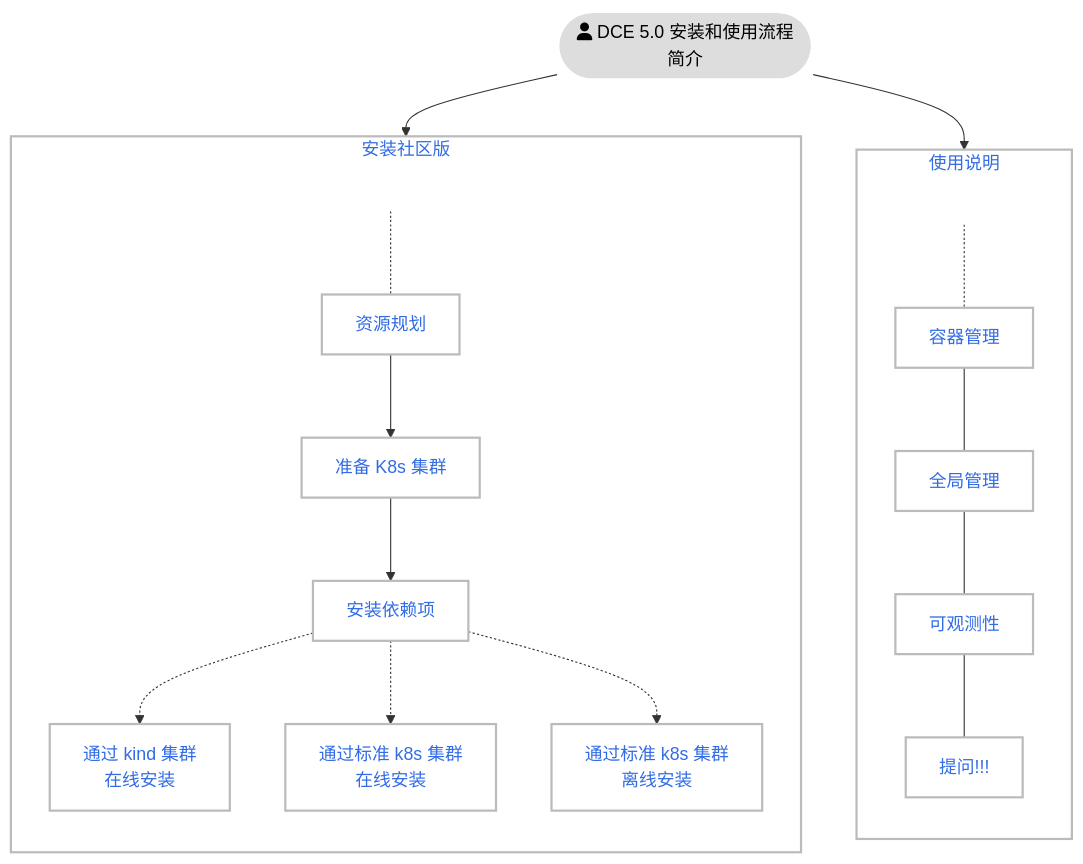
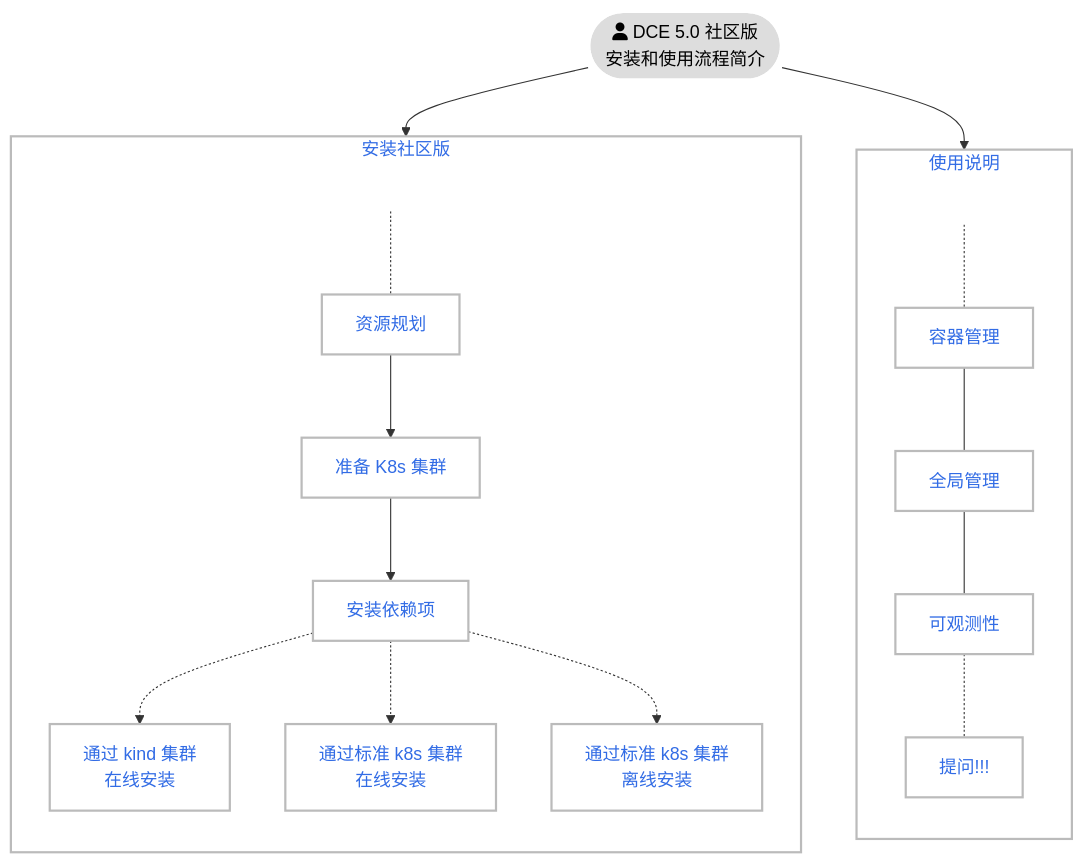
The diagram in docs/zh/docs/install/intro.md (DaoCloud/DaoCloud-docs), drawn with Mermaid before and after one commit. The commit also changed other lines of this file, not shown here.

````diff
--- a/docs/zh/docs/install/intro.md
+++ b/docs/zh/docs/install/intro.md
@@ -17,47 +17,47 @@
 ```mermaid
 flowchart TB
 
 subgraph second[使用说明]
     direction TB
     U[ ] -.-
     kpanda[容器管理] --- ghippo[全局管理]
     ghippo --- insight[可观测性]
-    insight --- ask[提问!!!]
+    insight -.- ask[提问!!!]
 end
 
 subgraph first[安装社区版]
     direction TB
     S[ ] -.-
     plan[资源规划] --> k8s[准备 K8s 集群] 
     k8s --> tools[安装依赖项]
     tools -.-> kind[通过 kind 集群<br>在线安装]
     tools -.-> s1[通过标准 k8s 集群<br>在线安装]
     tools -.-> s2[通过标准 k8s 集群<br>离线安装]
 end
 
-start([fa:fa-user DCE 5.0 安装和使用流程简介]) --> first
+start([fa:fa-user DCE 5.0 社区版<br>安装和使用流程简介]) --> first
 start --> second
 
 classDef grey fill:#dddddd,stroke:#ffffff,stroke-width:px,color:#000000, font-size:15px;
 classDef white fill:#ffffff,stroke:#000,stroke-width:px,color:#000,font-weight:bold
 classDef spacewhite fill:#ffffff,stroke:#fff,stroke-width:0px,color:#000
 classDef plain fill:#ddd,stroke:#fff,stroke-width:4px,color:#000;
 classDef k8s fill:#326ce5,stroke:#fff,stroke-width:4px,color:#fff;
 classDef cluster fill:#fff,stroke:#bbb,stroke-width:2px,color:#326ce5;
 
 class plan,k8s,tools,kind,s1,s2,kpanda,ghippo,insight,ask cluster;
 class start plain
 class S,U spacewhite
 
 click plan "https://docs.daocloud.io/install/community/resources/"
 click k8s "https://docs.daocloud.io/install/community/kind/online/#kind"
 click tools "https://docs.daocloud.io/install/install-tools/"
 click kind "https://docs.daocloud.io/install/community/kind/online/"
 click s1 "https://docs.daocloud.io/install/community/k8s/online/"
 click s2 "https://docs.daocloud.io/install/community/k8s/offline/"
 
 click kpanda "https://docs.daocloud.io/kpanda/03ProductBrief/WhatisKPanda/"
 click ghippo "https://docs.daocloud.io/ghippo/01ProductBrief/WhatisGhippo/"
 click insight "https://docs.daocloud.io/insight/03ProductBrief/WhatisInsight/"
 click ask "https://docs.daocloud.io/download/dce5/#_3"
 ```
````
